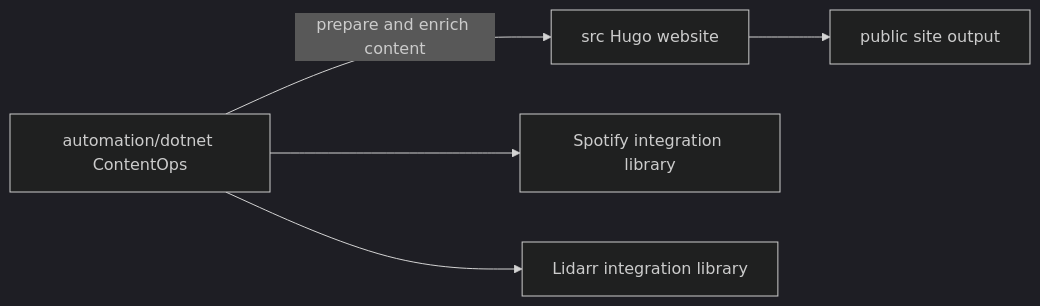
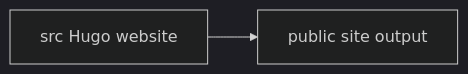
One commit to colin-gourlay/sundown-sessions changed the diagram in README.md. Above: the diagram before and after it, drawn with Mermaid (dark theme). The commit also changed other lines of this file and 92 other files, not shown here.

Commit message:
chore(repo): remove dotnet automation solution

````diff
--- a/README.md
+++ b/README.md
@@ -31,7 +25,4 @@
 ```mermaid
 flowchart LR
-  A[automation/dotnet ContentOps] -->|prepare and enrich content| B[src Hugo website]
-  B --> C[public site output]
-  A --> D[Spotify integration library]
-  A --> E[Lidarr integration library]
+  A[src Hugo website] --> B[public site output]
 ```
````
